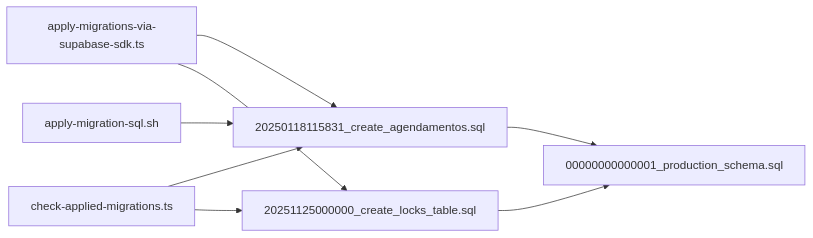
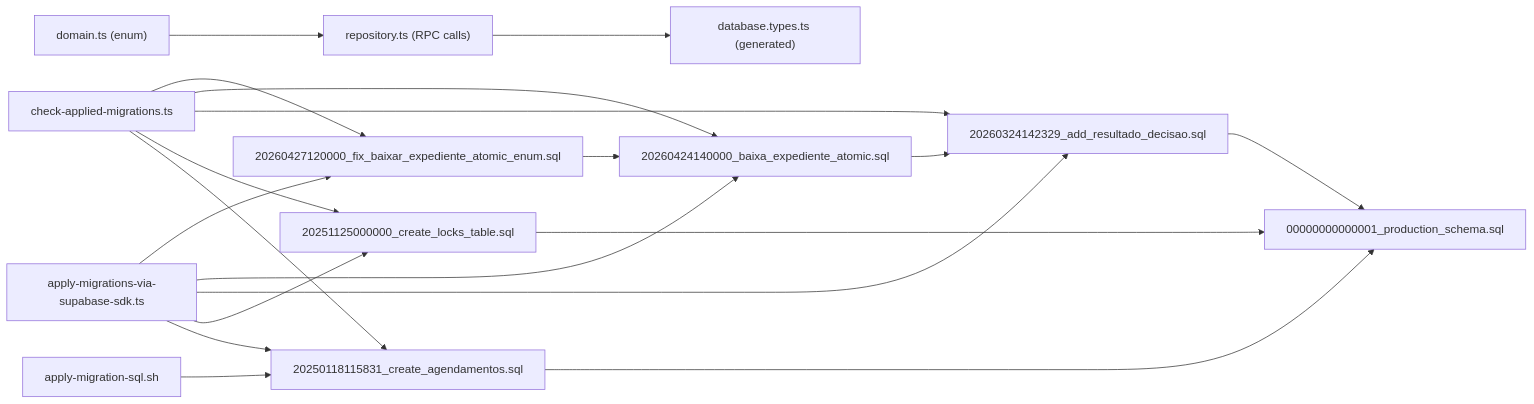
Before and after one commit to SinesysTech/zattar-os: the third of 3 diagrams in .qoder/repowiki/en/content/Database Design/Migration Management.md, drawn with Mermaid. The commit also changed other lines of this file and 40 other files, not shown here.

````diff
--- a/.qoder/repowiki/en/content/Database Design/Migration Management.md
+++ b/.qoder/repowiki/en/content/Database Design/Migration Management.md
@@ -242,10 +349,21 @@
 ```mermaid
 graph LR
 M1["20250118115831_create_agendamentos.sql"] --> B["00000000000001_production_schema.sql"]
 M2["20251125000000_create_locks_table.sql"] --> B
+M3["20260324142329_add_resultado_decisao.sql"] --> B
+M4["20260424140000_baixa_expediente_atomic.sql"] --> M3
+M5["20260427120000_fix_baixar_expediente_atomic_enum.sql"] --> M4
 TS["apply-migrations-via-supabase-sdk.ts"] --> M1
 TS --> M2
+TS --> M3
+TS --> M4
+TS --> M5
 VAL["check-applied-migrations.ts"] --> M1
 VAL --> M2
+VAL --> M3
+VAL --> M4
+VAL --> M5
 SH["apply-migration-sql.sh"] --> M1
+DOM["domain.ts (enum)"] --> REPO["repository.ts (RPC calls)"]
+REPO --> DBTYPES["database.types.ts (generated)"]
 ```
````
